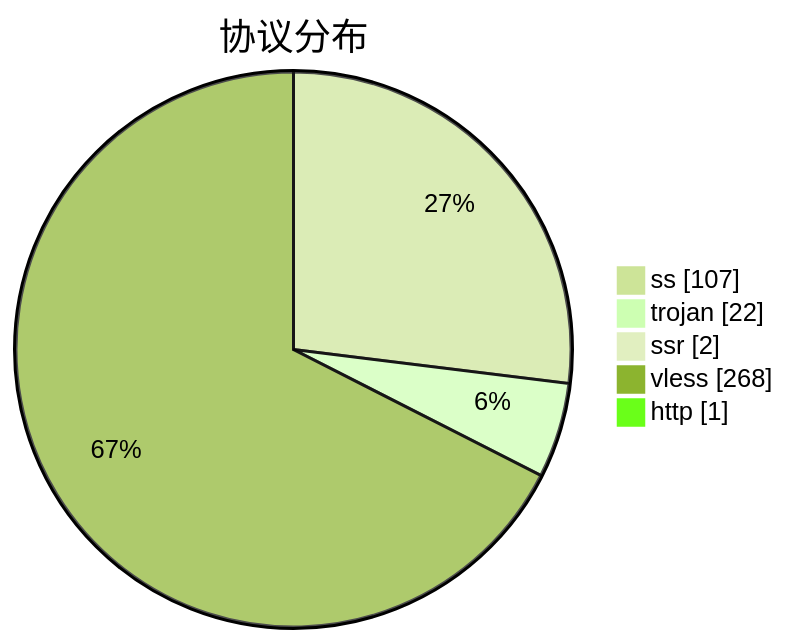
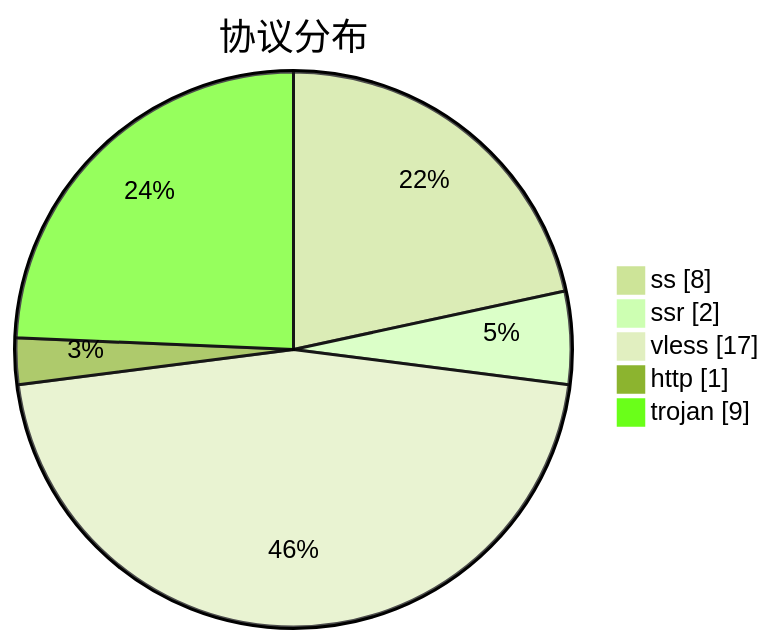
One commit to qjlxg/airport changed the third of 3 diagrams in subs/statistics/tested_within.md. Above: the diagram before and after it, drawn with Mermaid (forest theme). The commit also changed other lines of this file and 2 other files, not shown here.

````diff
--- a/subs/statistics/tested_within.md
+++ b/subs/statistics/tested_within.md
@@ -38,9 +21,9 @@
 ```mermaid
 pie showData
 title 协议分布
-"ss" : 107
-"trojan" : 22
+"ss" : 8
 "ssr" : 2
-"vless" : 268
+"vless" : 17
 "http" : 1
+"trojan" : 9
 ```
````
